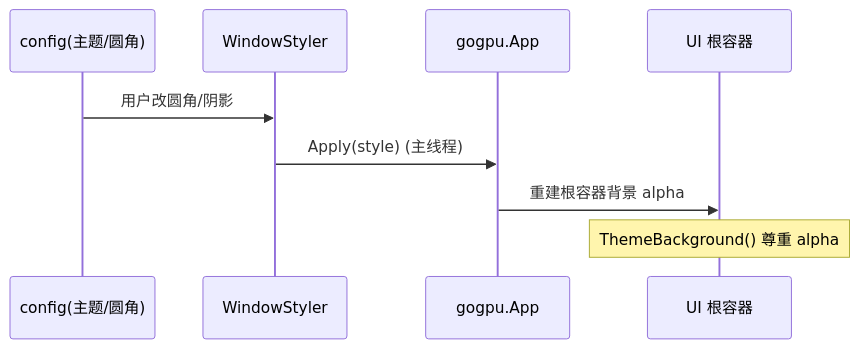
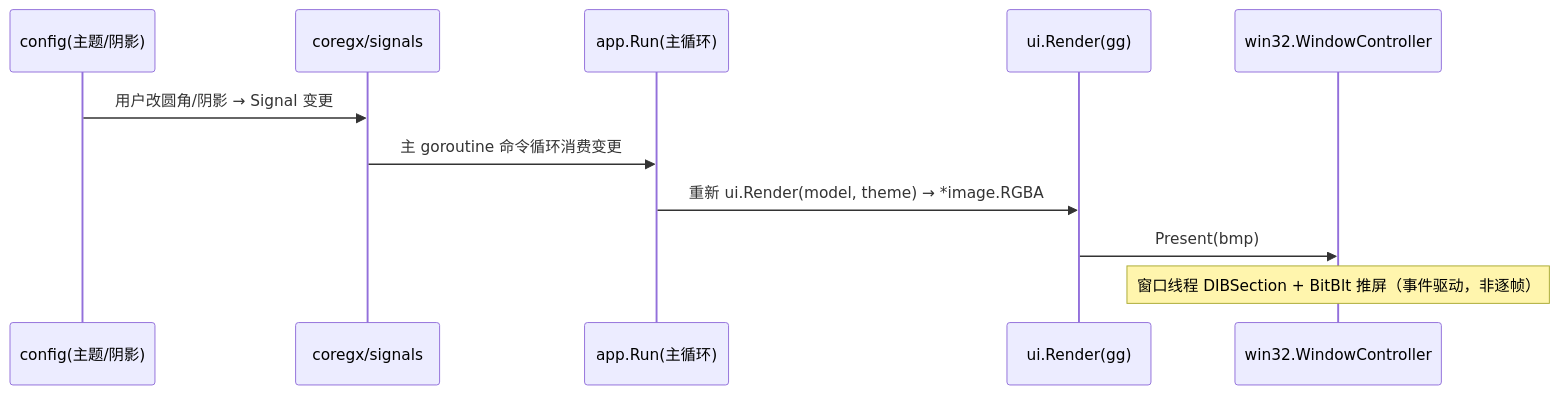
The third of 4 diagrams in docs/20-Platform/WindowStyle.md (shaolei/DeskCalendar), drawn with Mermaid before and after one commit. The commit also changed other lines of this file and 1 other file, not shown here.

First line of the commit message:
fix(platform): WindowStyle 代码层 drift 对齐 ADR-08

````diff
--- a/docs/20-Platform/WindowStyle.md
+++ b/docs/20-Platform/WindowStyle.md
@@ -76,11 +77,13 @@
 ```mermaid
 sequenceDiagram
-    participant Cfg as config(主题/圆角)
-    participant St as WindowStyler
-    participant GA as gogpu.App
-    participant UI as UI 根容器
-    Cfg->>St: 用户改圆角/阴影
-    St->>GA: Apply(style) (主线程)
-    GA->>UI: 重建根容器背景 alpha
-    Note over UI: ThemeBackground() 尊重 alpha
+    participant Cfg as config(主题/阴影)
+    participant Sig as coregx/signals
+    participant App as app.Run(主循环)
+    participant UI as ui.Render(gg)
+    participant WC as win32.WindowController
+    Cfg->>Sig: 用户改圆角/阴影 → Signal 变更
+    Sig->>App: 主 goroutine 命令循环消费变更
+    App->>UI: 重新 ui.Render(model, theme) → *image.RGBA
+    UI->>WC: Present(bmp)
+    Note over WC: 窗口线程 DIBSection + BitBlt 推屏（事件驱动，非逐帧）
 ```
````
